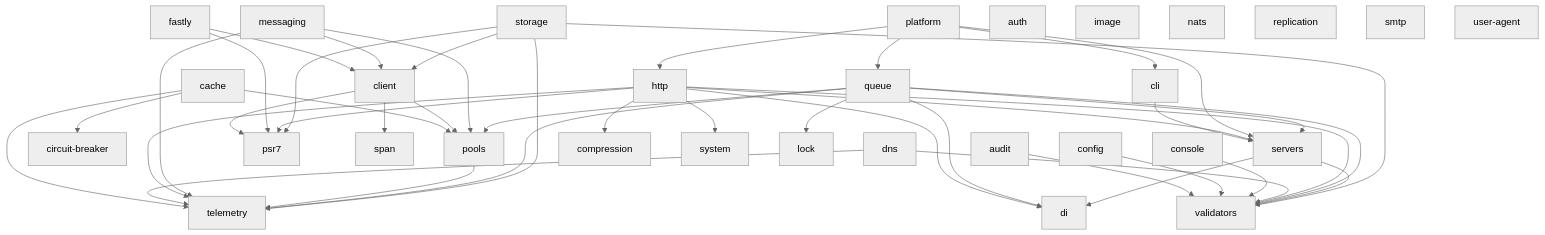
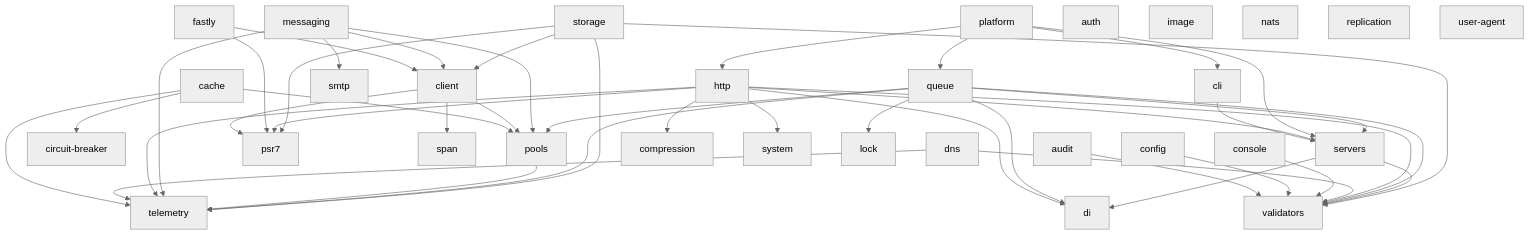
One commit to utopia-php/monorepo changed the diagram in README.md. Above: the diagram before and after it, drawn with Mermaid (neutral theme). The commit also changed 6 other files, not shown here.

````diff
--- a/README.md
+++ b/README.md
@@ -48,50 +48,50 @@
 ```mermaid
 graph TD
     audit --> validators
     cache --> circuit-breaker
     cache --> pools
     cache --> telemetry
     cli --> servers
     client --> pools
     client --> psr7
     client --> span
     config --> validators
     console --> validators
     dns --> telemetry
     dns --> validators
     fastly --> client
     fastly --> psr7
     http --> di
     http --> servers
     http --> compression
     http --> psr7
     http --> telemetry
     http --> validators
     http --> system
     messaging --> client
     messaging --> pools
+    messaging --> smtp
     messaging --> telemetry
     platform --> cli
     platform --> http
     platform --> queue
     platform --> servers
     pools --> telemetry
     queue --> di
     queue --> lock
     queue --> servers
     queue --> pools
     queue --> telemetry
     queue --> validators
     servers --> di
     servers --> validators
     storage --> telemetry
     storage --> validators
     storage --> client
     storage --> psr7
     auth
     image
     nats
     replication
-    smtp
     user-agent
 ```
````
